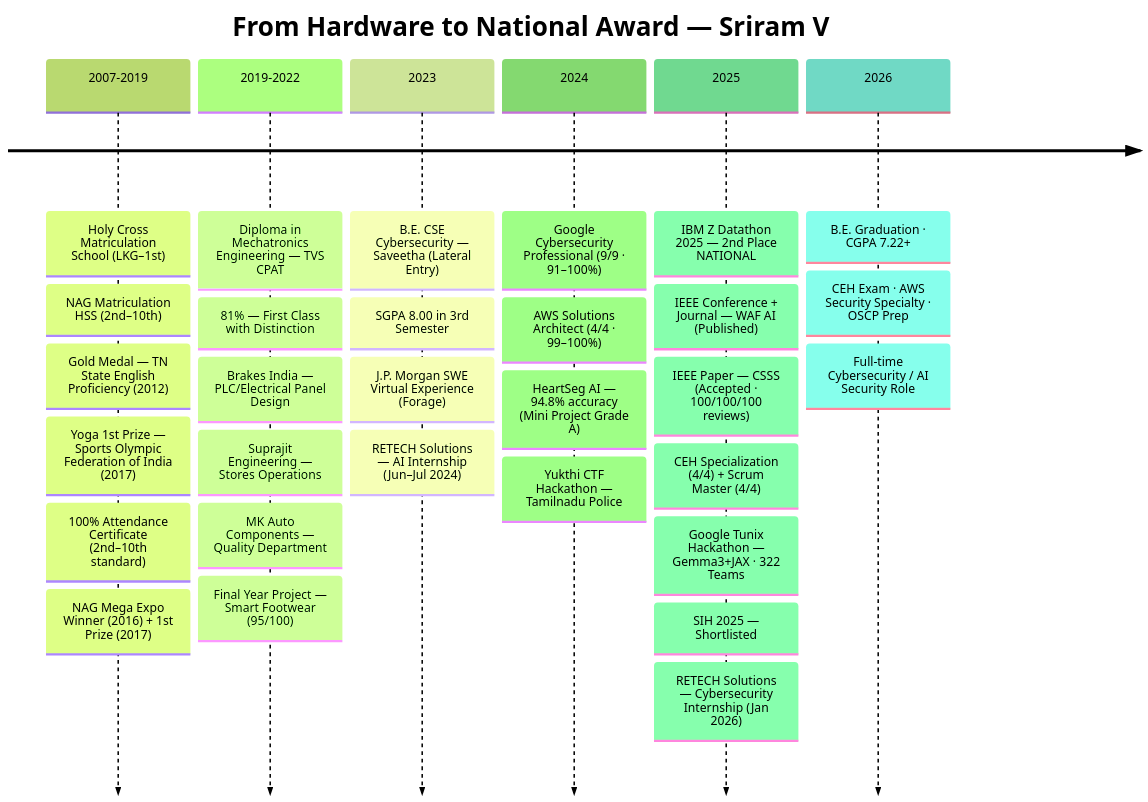
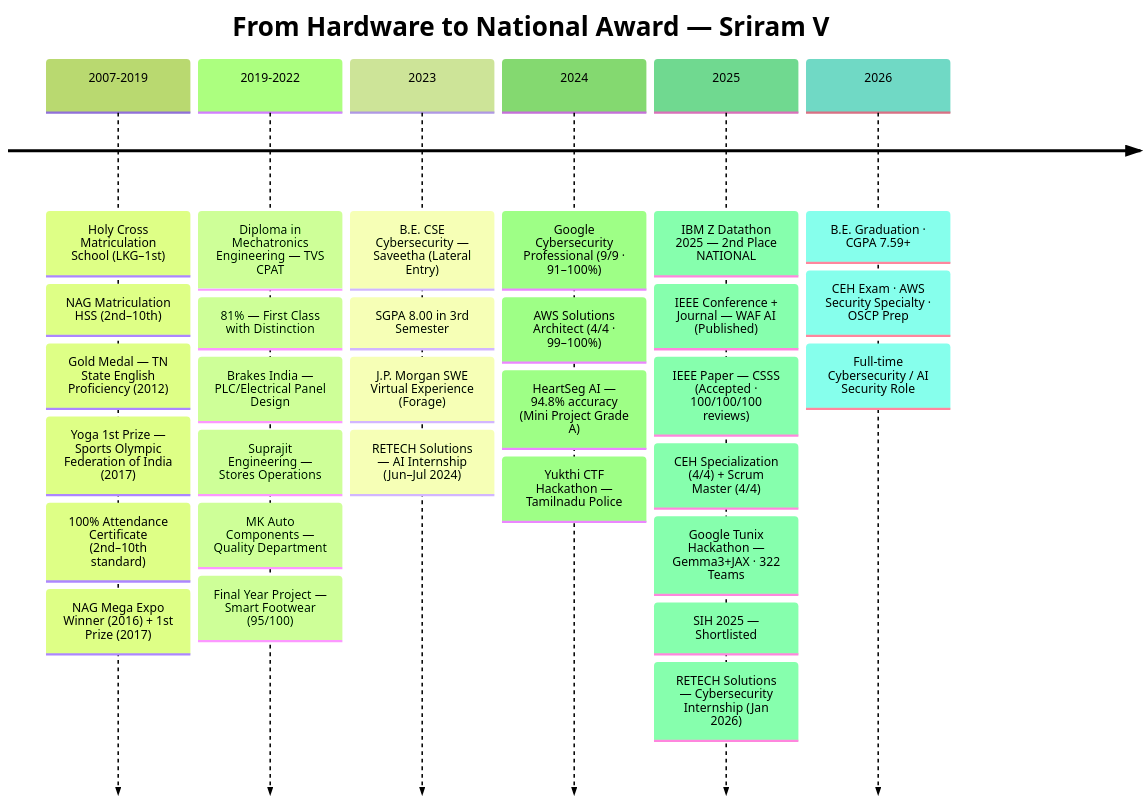
One commit to Darkwebnew/portfolio changed the diagram in README.md. Above: the diagram before and after it, drawn with Mermaid (forest theme). The commit also changed other lines of this file, not shown here.

First line of the commit message:
Update CGPA and professional engagement details in README

````diff
--- a/README.md
+++ b/README.md
@@ -343,34 +288,34 @@
 ```mermaid
 timeline
     title From Hardware to National Award — Sriram V
     2007-2019 : Holy Cross Matriculation School (LKG–1st)
               : NAG Matriculation HSS (2nd–10th)
               : Gold Medal — TN State English Proficiency (2012)
               : Yoga 1st Prize — Sports Olympic Federation of India (2017)
               : 100% Attendance Certificate (2nd–10th standard)
               : NAG Mega Expo Winner (2016) + 1st Prize (2017)
     2019-2022 : Diploma in Mechatronics Engineering — TVS CPAT
               : 81% — First Class with Distinction
               : Brakes India — PLC/Electrical Panel Design
               : Suprajit Engineering — Stores Operations
               : MK Auto Components — Quality Department
               : Final Year Project — Smart Footwear (95/100)
     2023      : B.E. CSE Cybersecurity — Saveetha (Lateral Entry)
               : SGPA 8.00 in 3rd Semester
               : J.P. Morgan SWE Virtual Experience (Forage)
               : RETECH Solutions — AI Internship (Jun–Jul 2024)
     2024      : Google Cybersecurity Professional (9/9 · 91–100%)
               : AWS Solutions Architect (4/4 · 99–100%)
               : HeartSeg AI — 94.8% accuracy (Mini Project Grade A)
               : Yukthi CTF Hackathon — Tamilnadu Police
     2025      : IBM Z Datathon 2025 — 2nd Place NATIONAL
               : IEEE Conference + Journal — WAF AI (Published)
               : IEEE Paper — CSSS (Accepted · 100/100/100 reviews)
               : CEH Specialization (4/4) + Scrum Master (4/4)
               : Google Tunix Hackathon — Gemma3+JAX · 322 Teams
               : SIH 2025 — Shortlisted
               : RETECH Solutions — Cybersecurity Internship (Jan 2026)
-    2026      : B.E. Graduation · CGPA 7.22+
+    2026      : B.E. Graduation · CGPA 7.59+
               : CEH Exam · AWS Security Specialty · OSCP Prep
               : Full-time Cybersecurity / AI Security Role
 ```
````
